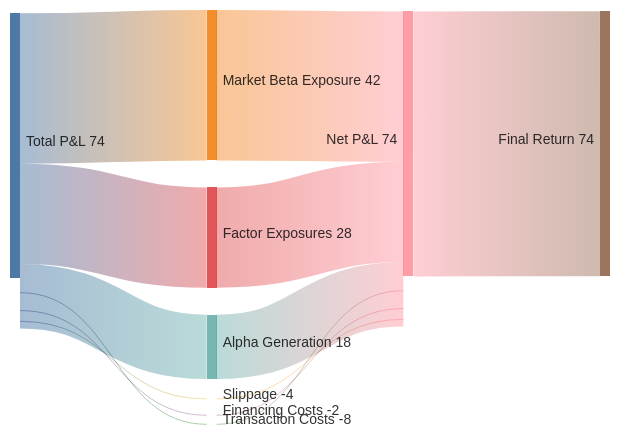
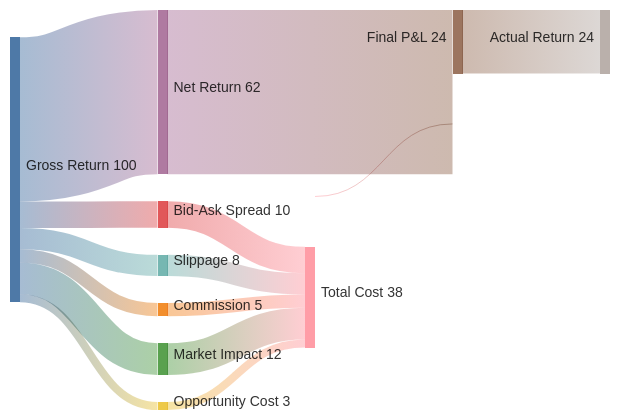
Before and after one commit to openSVM/osvm-cli: the fifth of 7 diagrams in docs/book/09_backtesting.md, drawn with Mermaid. The commit also changed other lines of this file, not shown here.

````diff
--- a/docs/book/09_backtesting.md
+++ b/docs/book/09_backtesting.md
@@ -615,20 +873,22 @@
 ```mermaid
-%%{init: {'theme':'base', 'themeVariables': { 'primaryColor':'#2ecc71','secondaryColor':'#e74c3c','tertiaryColor':'#f39c12'}}}%%
+%%{init: {'theme':'base', 'themeVariables': {'primaryColor':'#e74c3c','secondaryColor':'#3498db','tertiaryColor':'#f39c12'}}}%%
 sankey-beta
 
-Total P&L,Market Beta Exposure,42
-Total P&L,Factor Exposures,28
-Total P&L,Alpha Generation,18
-Total P&L,Transaction Costs,-8
-Total P&L,Slippage,-4
-Total P&L,Financing Costs,-2
+Gross Return,Commission,5
+Gross Return,Bid-Ask Spread,10
+Gross Return,Slippage,8
+Gross Return,Market Impact,12
+Gross Return,Opportunity Cost,3
+Gross Return,Net Return,62
 
-Market Beta Exposure,Net P&L,42
-Factor Exposures,Net P&L,28
-Alpha Generation,Net P&L,18
-Transaction Costs,Net P&L,-8
-Slippage,Net P&L,-4
-Financing Costs,Net P&L,-2
+Commission,Total Cost,5
+Bid-Ask Spread,Total Cost,10
+Slippage,Total Cost,8
+Market Impact,Total Cost,12
+Opportunity Cost,Total Cost,3
 
-Net P&L,Final Return,74
+Total Cost,Final P&L,-38
+Net Return,Final P&L,62
+
+Final P&L,Actual Return,24
 ```
````
